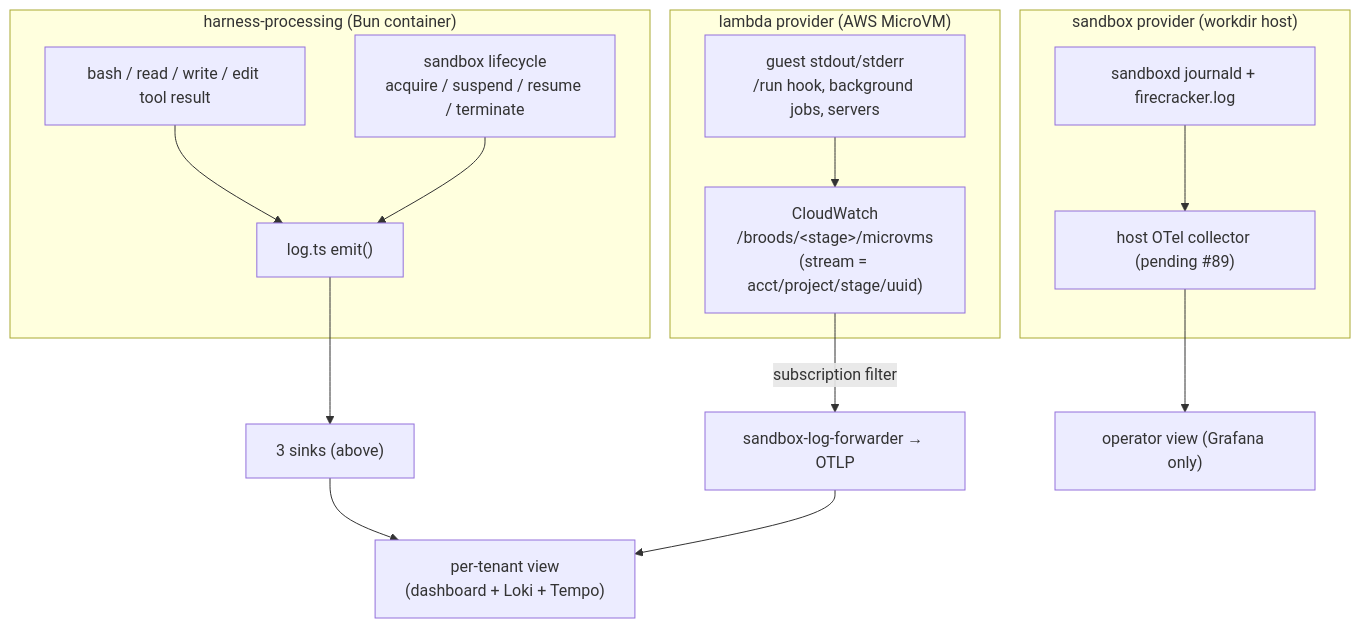
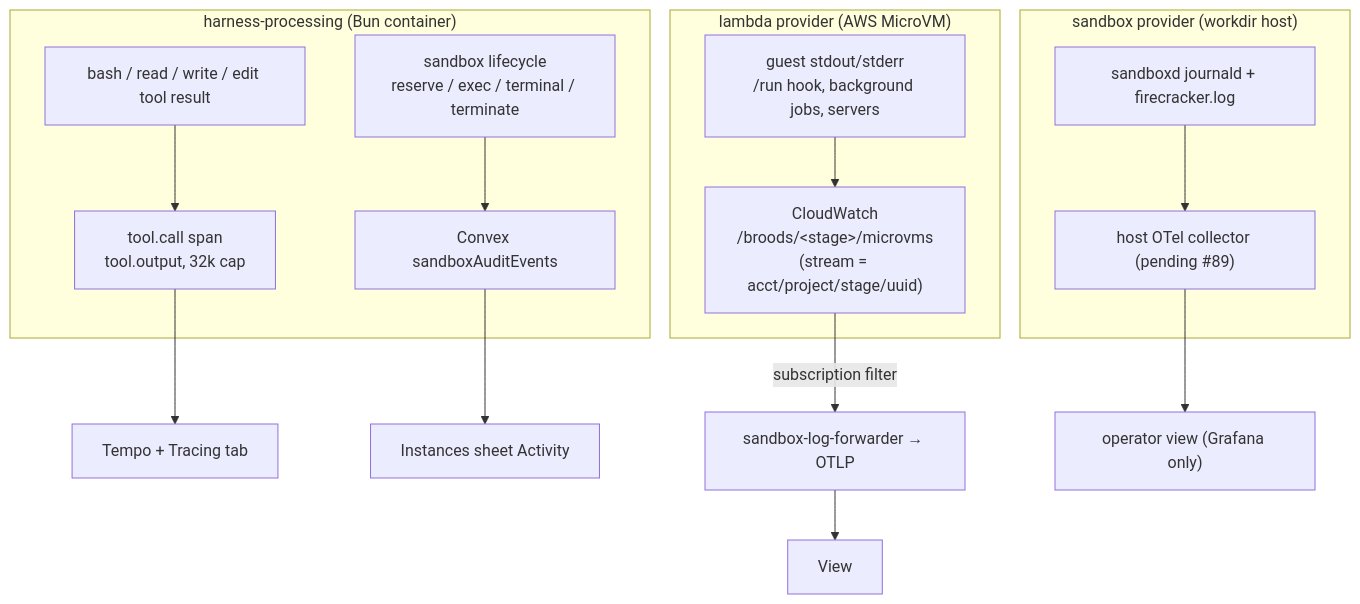
The second of 2 diagrams in apps/docs/docs/observability.md (beeblastco/broods), drawn with Mermaid before and after one commit. The commit also changed other lines of this file and 8 other files, not shown here.

First line of the commit message:
style(gateway,dashboard,lambda,docs): order helpers, share formatTime, correct sandbox log docs

````diff
--- a/apps/docs/docs/observability.md
+++ b/apps/docs/docs/observability.md
@@ -76,20 +76,20 @@
 ```mermaid
 flowchart TD
   subgraph harness["harness-processing (Bun container)"]
-    Exec["bash / read / write / edit tool result"] --> Log["log.ts emit()"]
-    Life["sandbox lifecycle<br/>acquire / suspend / resume / terminate"] --> Log
+    Exec["bash / read / write / edit tool result"] --> Span["tool.call span<br/>tool.output, 32k cap"]
+    Life["sandbox lifecycle<br/>reserve / exec / terminal / terminate"] --> Audit["Convex sandboxAuditEvents"]
   end
-  Log --> Sinks["3 sinks (above)"]
-  Sinks --> View["per-tenant view<br/>(dashboard + Loki + Tempo)"]
+  Span --> Tempo2["Tempo + Tracing tab"]
+  Audit --> Sheet["Instances sheet Activity"]
 
   subgraph microvm["lambda provider (AWS MicroVM)"]
     VM["guest stdout/stderr<br/>/run hook, background jobs, servers"] --> CW["CloudWatch<br/>/broods/&lt;stage&gt;/microvms<br/>(stream = acct/project/stage/uuid)"]
   end
   CW -->|"subscription filter"| Fwd["sandbox-log-forwarder → OTLP"]
   Fwd --> View
 
   subgraph workdir["sandbox provider (workdir host)"]
     Sbx["sandboxd journald + firecracker.log"] --> Coll["host OTel collector (pending #89)"]
   end
   Coll --> Ops["operator view (Grafana only)"]
 ```
````
